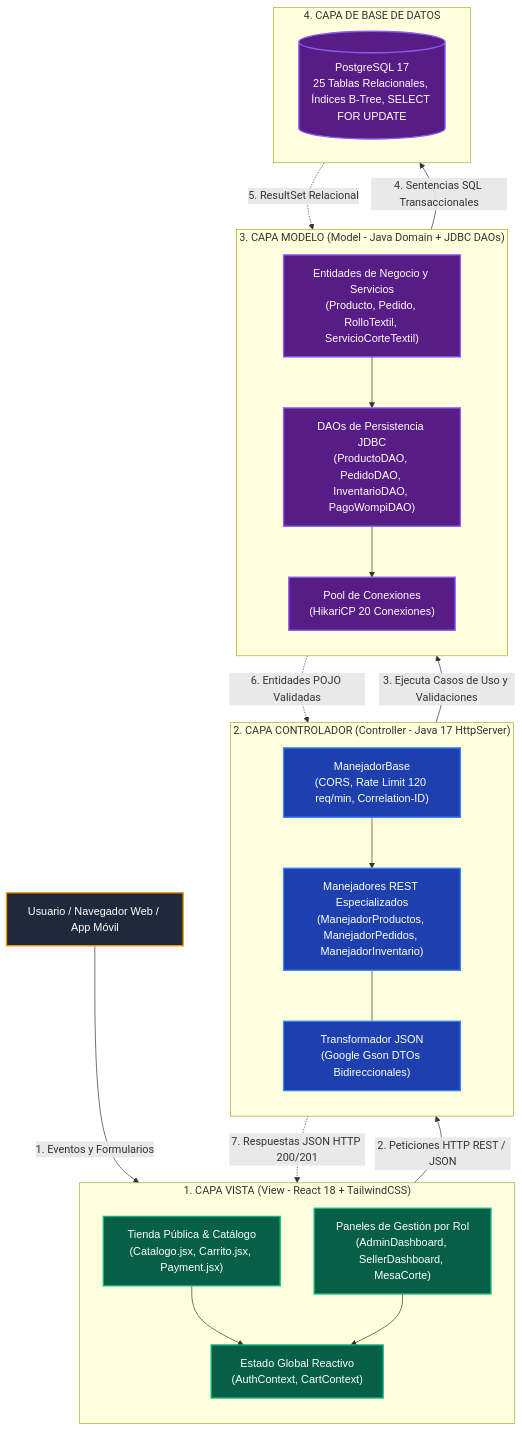
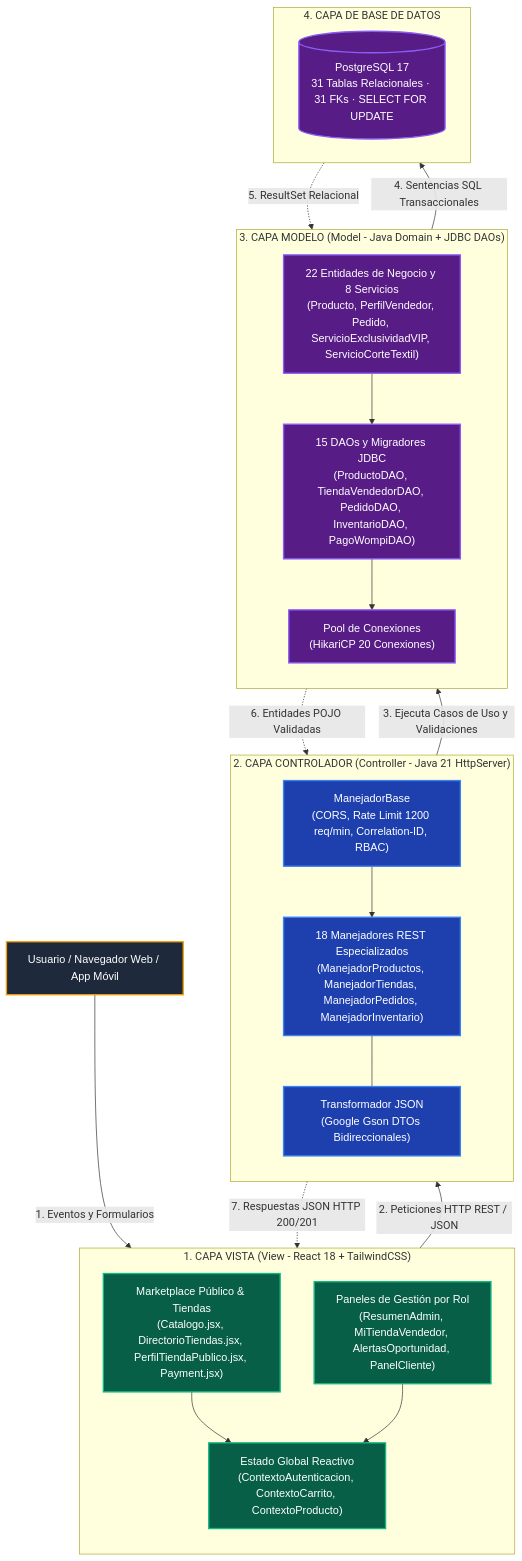
The second of 3 diagrams in documentacion/04-base-de-datos-diseno-y-esquema.md (Jhonmoreno000/PROYECTO-SENA-TIENDA-TEXTIL-), drawn with Mermaid before and after one commit. The commit also changed other lines of this file and 2 other files, not shown here.

Commit message:
docs(db): documentar esquema de 31 tablas y 31 FKs con entidades del marketplace

````diff
--- a/documentacion/04-base-de-datos-diseno-y-esquema.md
+++ b/documentacion/04-base-de-datos-diseno-y-esquema.md
@@ -436,49 +495,49 @@
 ```mermaid
 flowchart TD
     classDef vistaStyle fill:#065f46,stroke:#10b981,stroke-width:2px,color:#ffffff,font-family:sans-serif;
     classDef controllerStyle fill:#1e40af,stroke:#3b82f6,stroke-width:2px,color:#ffffff,font-family:sans-serif;
     classDef modelStyle fill:#581c87,stroke:#8b5cf6,stroke-width:2px,color:#ffffff,font-family:sans-serif;
     classDef actorStyle fill:#1e293b,stroke:#f59e0b,stroke-width:2px,color:#ffffff,font-family:sans-serif;
 
     User["Usuario / Navegador Web / App Móvil"]:::actorStyle
 
     subgraph VISTA ["1. CAPA VISTA (View - React 18 + TailwindCSS)"]
         direction TB
-        UI_Store["Tienda Pública & Catálogo<br/>(Catalogo.jsx, Carrito.jsx, Payment.jsx)"]:::vistaStyle
-        UI_Admin["Paneles de Gestión por Rol<br/>(AdminDashboard, SellerDashboard, MesaCorte)"]:::vistaStyle
-        UI_Context["Estado Global Reactivo<br/>(AuthContext, CartContext)"]:::vistaStyle
+        UI_Store["Marketplace Público & Tiendas<br/>(Catalogo.jsx, DirectorioTiendas.jsx, PerfilTiendaPublico.jsx, Payment.jsx)"]:::vistaStyle
+        UI_Admin["Paneles de Gestión por Rol<br/>(ResumenAdmin, MiTiendaVendedor, AlertasOportunidad, PanelCliente)"]:::vistaStyle
+        UI_Context["Estado Global Reactivo<br/>(ContextoAutenticacion, ContextoCarrito, ContextoProducto)"]:::vistaStyle
         UI_Store --> UI_Context
         UI_Admin --> UI_Context
     end
 
-    subgraph CONTROLADOR ["2. CAPA CONTROLADOR (Controller - Java 17 HttpServer)"]
+    subgraph CONTROLADOR ["2. CAPA CONTROLADOR (Controller - Java 21 HttpServer)"]
         direction TB
-        BaseHandler["ManejadorBase<br/>(CORS, Rate Limit 120 req/min, Correlation-ID)"]:::controllerStyle
-        Handlers["Manejadores REST Especializados<br/>(ManejadorProductos, ManejadorPedidos, ManejadorInventario)"]:::controllerStyle
+        BaseHandler["ManejadorBase<br/>(CORS, Rate Limit 1200 req/min, Correlation-ID, RBAC)"]:::controllerStyle
+        Handlers["18 Manejadores REST Especializados<br/>(ManejadorProductos, ManejadorTiendas, ManejadorPedidos, ManejadorInventario)"]:::controllerStyle
         Gson["Transformador JSON<br/>(Google Gson DTOs Bidireccionales)"]:::controllerStyle
         BaseHandler --> Handlers
         Handlers --- Gson
     end
 
     subgraph MODELO ["3. CAPA MODELO (Model - Java Domain + JDBC DAOs)"]
         direction TB
-        Domain["Entidades de Negocio y Servicios<br/>(Producto, Pedido, RolloTextil, ServicioCorteTextil)"]:::modelStyle
-        DAOs["DAOs de Persistencia JDBC<br/>(ProductoDAO, PedidoDAO, InventarioDAO, PagoWompiDAO)"]:::modelStyle
+        Domain["22 Entidades de Negocio y 8 Servicios<br/>(Producto, PerfilVendedor, Pedido, ServicioExclusividadVIP, ServicioCorteTextil)"]:::modelStyle
+        DAOs["15 DAOs y Migradores JDBC<br/>(ProductoDAO, TiendaVendedorDAO, PedidoDAO, InventarioDAO, PagoWompiDAO)"]:::modelStyle
         Hikari["Pool de Conexiones<br/>(HikariCP 20 Conexiones)"]:::modelStyle
         Domain --> DAOs
         DAOs --> Hikari
     end
 
     subgraph PERSISTENCIA ["4. CAPA DE BASE DE DATOS"]
-        Postgres[("PostgreSQL 17<br/>25 Tablas Relacionales, Índices B-Tree, SELECT FOR UPDATE")]:::modelStyle
+        Postgres[("PostgreSQL 17<br/>31 Tablas Relacionales · 31 FKs · SELECT FOR UPDATE")]:::modelStyle
     end
 
     %% Flujo ordenado de capas
     User -->|"1. Eventos y Formularios"| VISTA
     VISTA -->|"2. Peticiones HTTP REST / JSON"| CONTROLADOR
     CONTROLADOR -->|"3. Ejecuta Casos de Uso y Validaciones"| MODELO
     MODELO -->|"4. Sentencias SQL Transaccionales"| PERSISTENCIA
     PERSISTENCIA -.->|"5. ResultSet Relacional"| MODELO
     MODELO -.->|"6. Entidades POJO Validadas"| CONTROLADOR
     CONTROLADOR -.->|"7. Respuestas JSON HTTP 200/201"| VISTA
 ```
````
